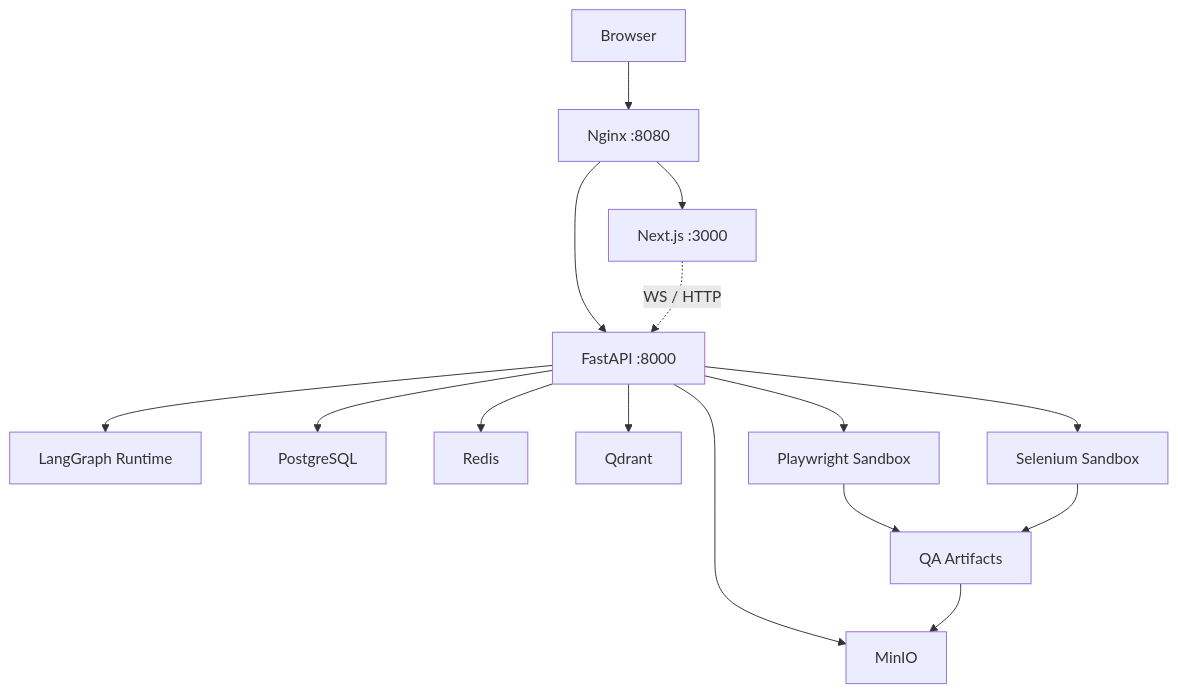
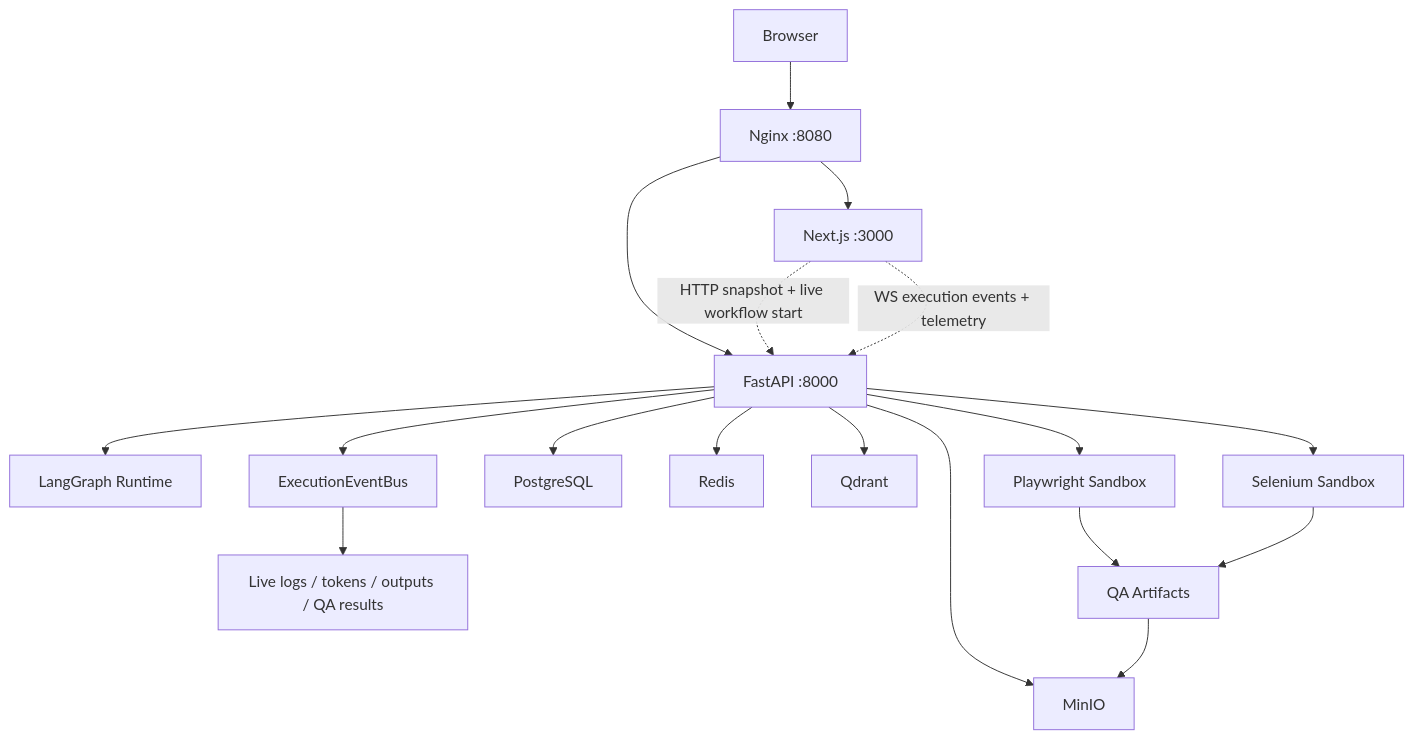
One commit to fhuamanr/LegionAgents changed the fourth of 4 diagrams in README.md. Above: the diagram before and after it, drawn with Mermaid. The commit also changed other lines of this file and 19 other files, not shown here.

````diff
--- a/README.md
+++ b/README.md
@@ -155,19 +175,22 @@
 ```mermaid
 flowchart TB
   Browser["Browser"] --> Nginx["Nginx :8080"]
   Nginx --> Frontend["Next.js :3000"]
   Nginx --> Backend["FastAPI :8000"]
-  Frontend -. "WS / HTTP" .-> Backend
+  Frontend -. "HTTP snapshot + live workflow start" .-> Backend
+  Frontend -. "WS execution events + telemetry" .-> Backend
 
   Backend --> LangGraph["LangGraph Runtime"]
+  Backend --> EventBus["ExecutionEventBus"]
+  EventBus --> LiveLogs["Live logs / tokens / outputs / QA results"]
   Backend --> Postgres["PostgreSQL"]
   Backend --> Redis["Redis"]
   Backend --> Qdrant["Qdrant"]
   Backend --> MinIO["MinIO"]
   Backend --> Playwright["Playwright Sandbox"]
   Backend --> Selenium["Selenium Sandbox"]
 
   Playwright --> Artifacts["QA Artifacts"]
   Selenium --> Artifacts
   Artifacts --> MinIO
 ```
````
